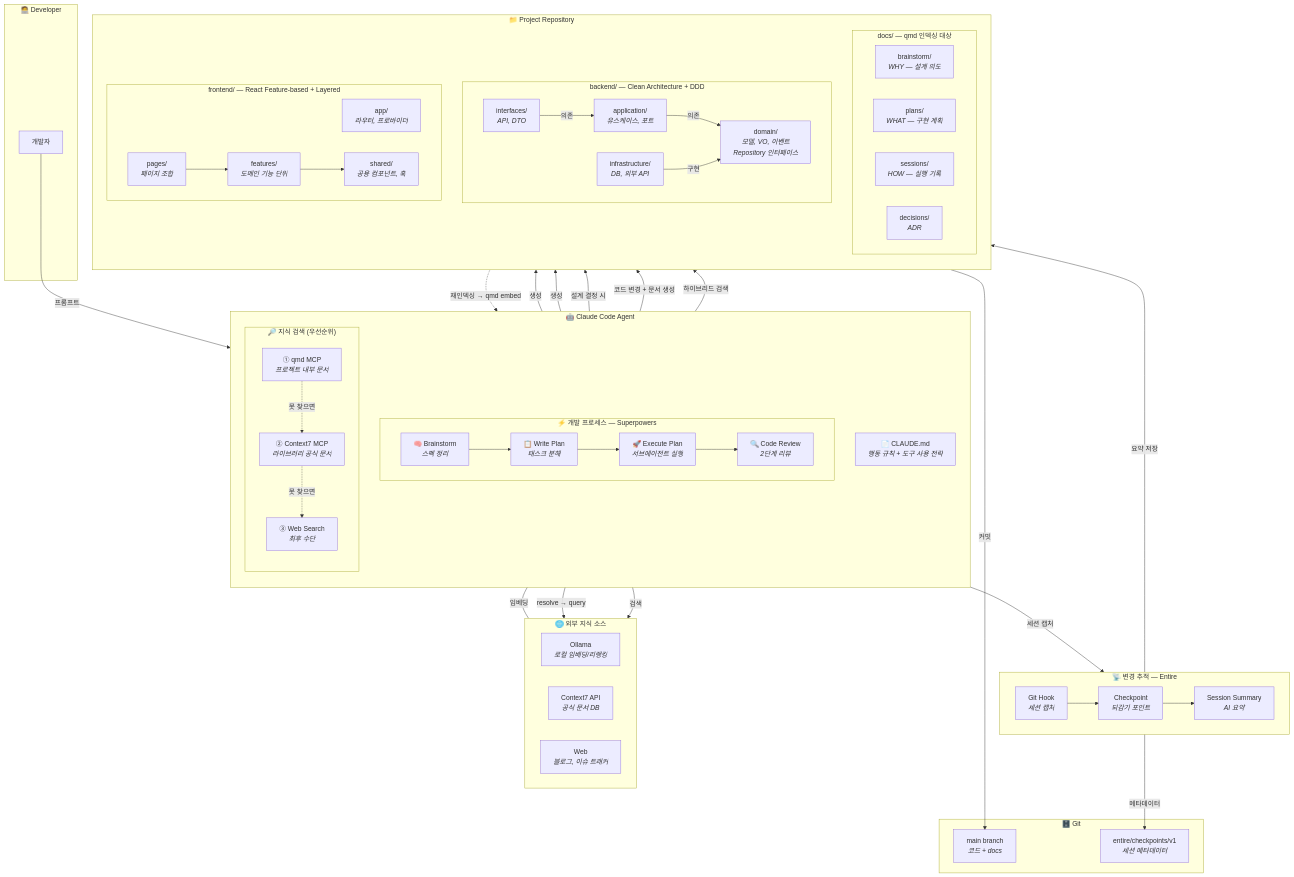
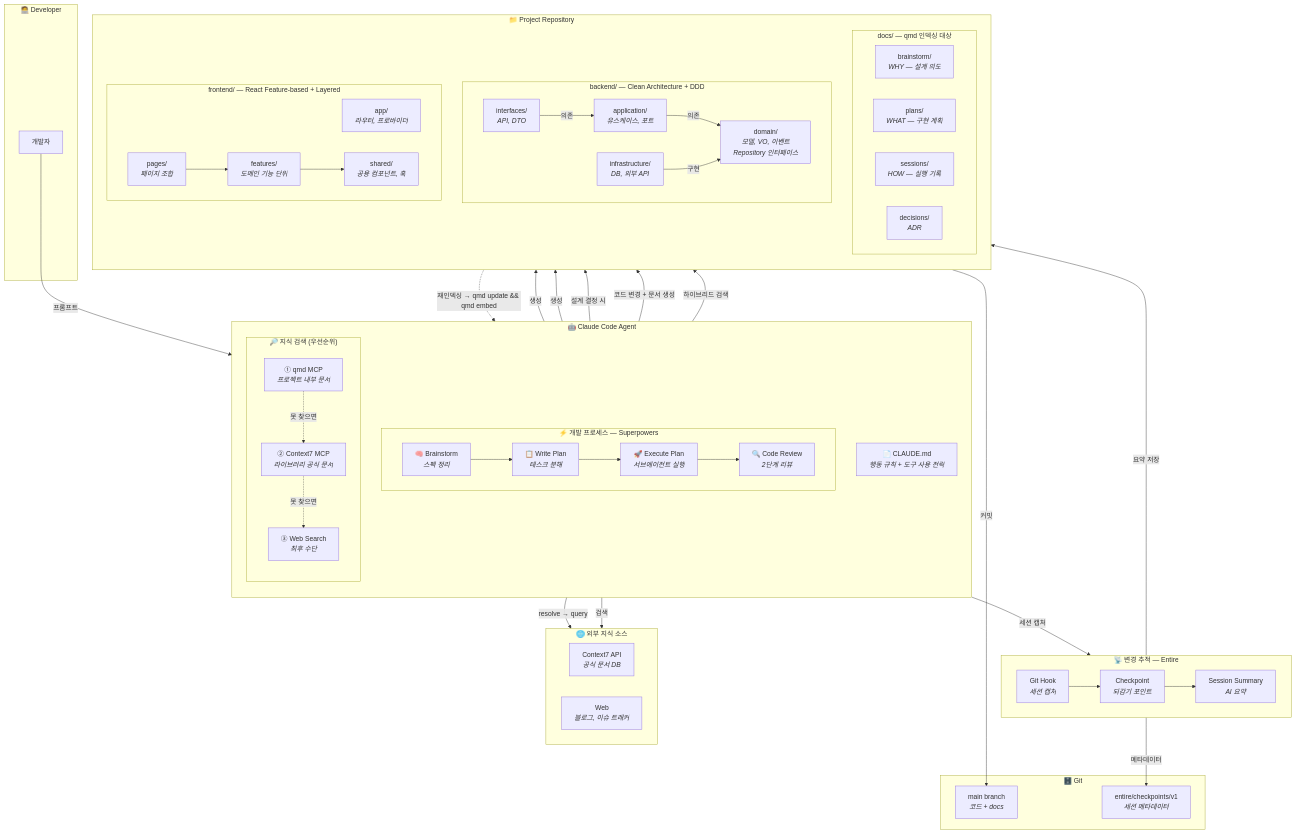
One commit to d0lim/agentic-workflow changed the first of 2 diagrams in README.md. Above: the diagram before and after it, drawn with Mermaid. The commit also changed other lines of this file, not shown here.

First line of the commit message:
fix: correct qmd commands and remove unnecessary Ollama dependency in README

````diff
--- a/README.md
+++ b/README.md
@@ -75,7 +75,6 @@
 
     subgraph EXTERNAL["🌐 외부 지식 소스"]
         direction LR
-        OLLAMA["Ollama<br/><i>로컬 임베딩/리랭킹</i>"]
         C7_API["Context7 API<br/><i>공식 문서 DB</i>"]
         WEB["Web<br/><i>블로그, 이슈 트래커</i>"]
     end
@@ -96,7 +95,6 @@
 
     %% Retrieval → Sources
     R1 -->|"하이브리드 검색"| DOCS
-    R1 ---|"임베딩"| OLLAMA
     R2 -->|"resolve → query"| C7_API
     R3 -->|"검색"| WEB
 
@@ -107,5 +105,5 @@
     REPO -->|"커밋"| MAIN
 
     %% Feedback Loop
-    D_SS -.->|"재인덱싱 → qmd embed"| R1
+    D_SS -.->|"재인덱싱 → qmd update && qmd embed"| R1
 ```
````
